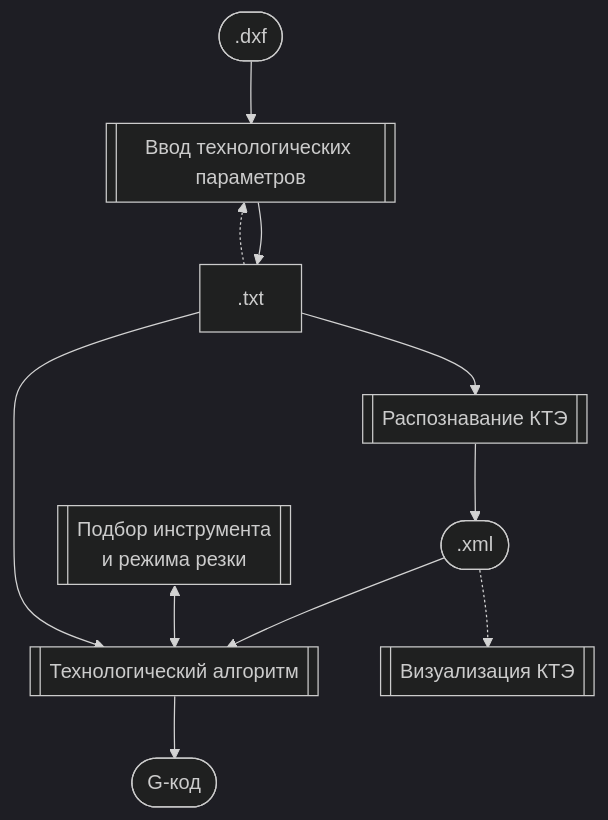
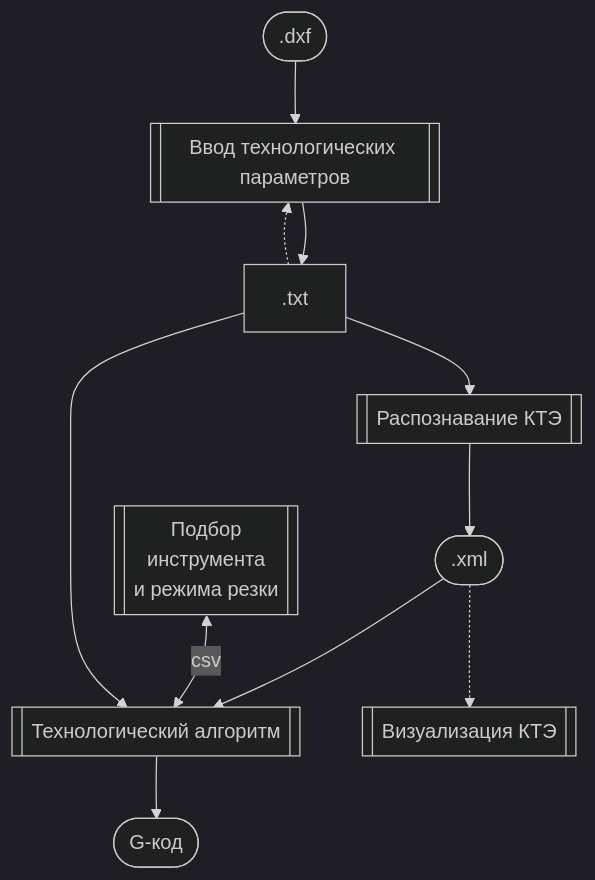
Before and after one commit to ukoloff/kte: the diagram in README.md, drawn with Mermaid (dark theme).

Commit message:
Fiddle diagram

````diff
--- a/README.md
+++ b/README.md
@@ -7,18 +7,18 @@
 ```mermaid
 
 flowchart TD
 
 DXF([.dxf]) --> S0[[Ввод технологических параметров]]
 S0 --> TXT[.txt]
 TXT --> S1[[Распознавание КТЭ]]
 TXT -.-> S0
 S1 --> XML([.xml])
 XML --> S2[[Технологический алгоритм]]
 XML -.-> V[[Визуализация КТЭ]]
 S2 --> G([G-код])
-DB[[Подбор инструмента <br>и режима резки]] <--> S2
+DB[[Подбор <br>инструмента <br>и режима резки]] <--csv--> S2
 TXT --> S2
 
 %% click XML href "a"
 
 ```
````
